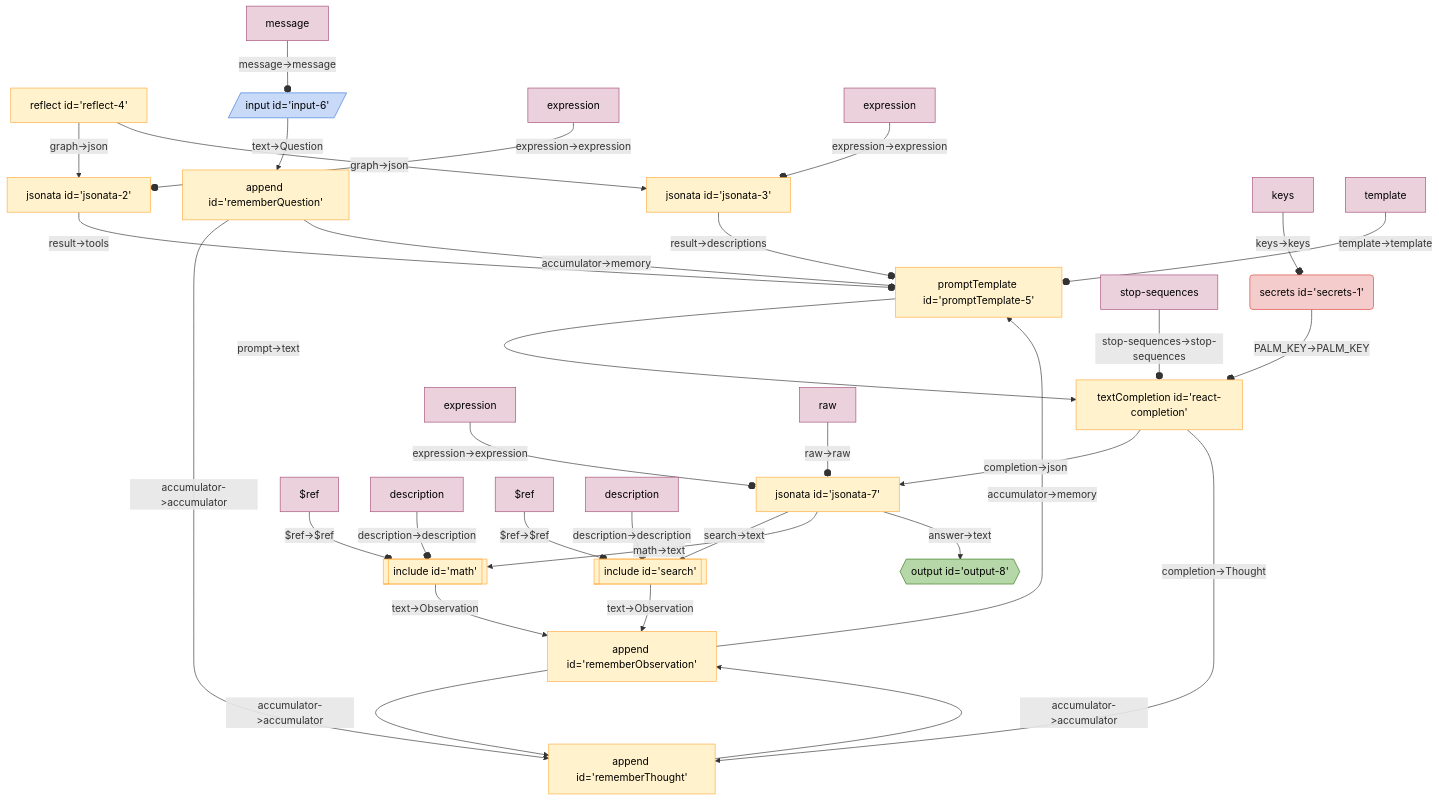
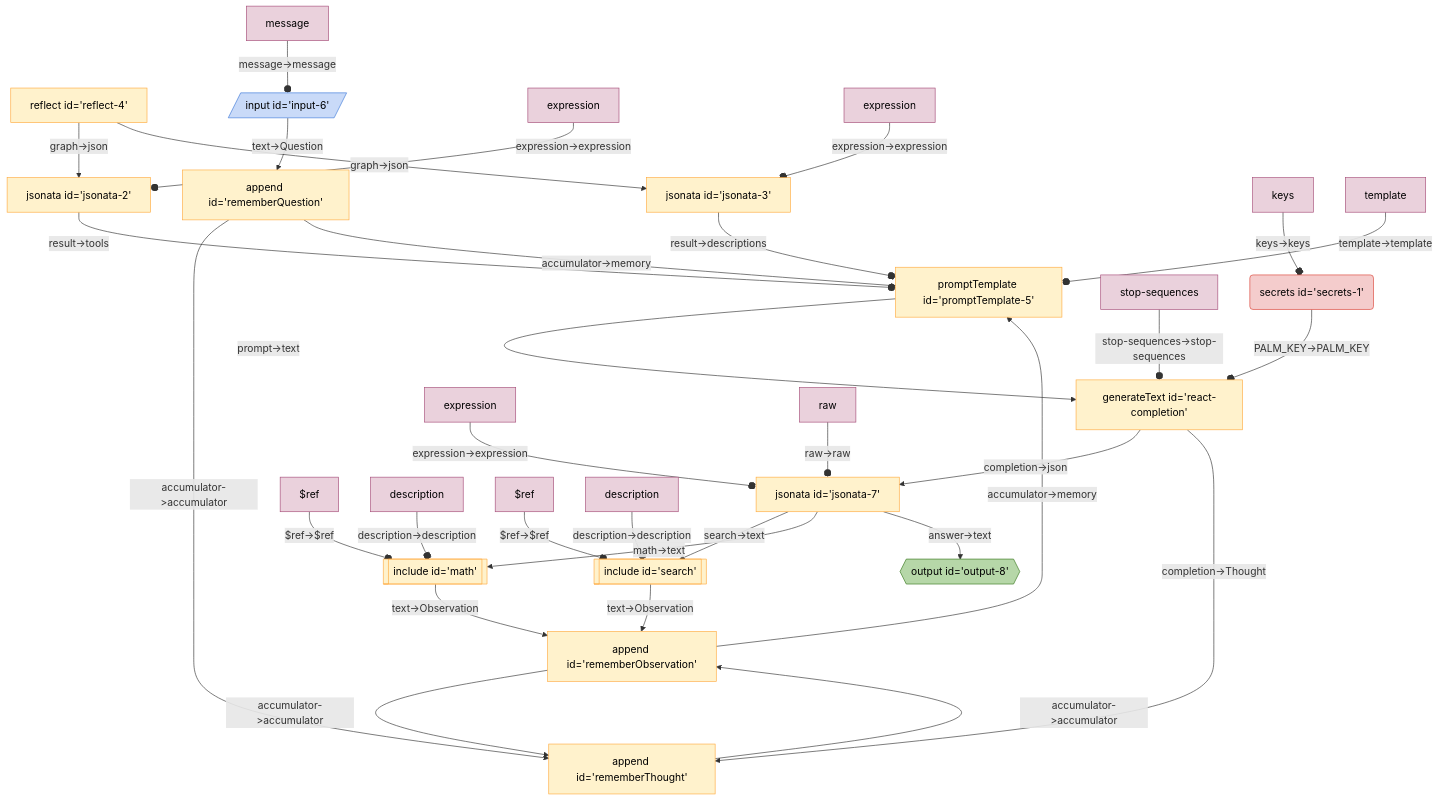
One commit to breadboard-ai/breadboard changed the diagram in seeds/graph-playground/docs/graphs/react-with-jsonata.md. Above: the diagram before and after it, drawn with Mermaid. The commit also changed 63 other files, not shown here.

First line of the commit message:
[llm-starter] Rename `textCompletion` to `generateText`.

````diff
--- a/seeds/graph-playground/docs/graphs/react-with-jsonata.md
+++ b/seeds/graph-playground/docs/graphs/react-with-jsonata.md
@@ -5,43 +5,43 @@
   ```mermaid
   %%{init: 'themeVariables': { 'fontFamily': 'Fira Code, monospace' }}%%
 graph TD;
 reflect4["reflect id='reflect-4'"] -- "graph->json" --> jsonata2["jsonata id='jsonata-2'"]
 reflect4["reflect id='reflect-4'"] -- "graph->json" --> jsonata3["jsonata id='jsonata-3'"]
 jsonata3["jsonata id='jsonata-3'"] -- "result->descriptions" --o promptTemplate5["promptTemplate id='promptTemplate-5'"]
 jsonata2["jsonata id='jsonata-2'"] -- "result->tools" --o promptTemplate5["promptTemplate id='promptTemplate-5'"]
 rememberObservation["append id='rememberObservation'"] -- "accumulator->memory" --> promptTemplate5["promptTemplate id='promptTemplate-5'"]
 rememberThought["append id='rememberThought'"] -- "accumulator->accumulator" --> rememberObservation["append id='rememberObservation'"]
 rememberObservation["append id='rememberObservation'"] -- "accumulator->accumulator" --> rememberThought["append id='rememberThought'"]
 rememberQuestion["append id='rememberQuestion'"] -- "accumulator->accumulator" --> rememberThought["append id='rememberThought'"]
 rememberQuestion["append id='rememberQuestion'"] -- "accumulator->memory" --> promptTemplate5["promptTemplate id='promptTemplate-5'"]
 input6[/"input id='input-6'"/]:::input -- "text->Question" --> rememberQuestion["append id='rememberQuestion'"]
-secrets1("secrets id='secrets-1'"):::secrets -- "PALM_KEY->PALM_KEY" --o reactcompletion["textCompletion id='react-completion'"]
+secrets1("secrets id='secrets-1'"):::secrets -- "PALM_KEY->PALM_KEY" --o reactcompletion["generateText id='react-completion'"]
 math[["include id='math'"]]:::include -- "text->Observation" --> rememberObservation["append id='rememberObservation'"]
 search[["include id='search'"]]:::include -- "text->Observation" --> rememberObservation["append id='rememberObservation'"]
 jsonata7["jsonata id='jsonata-7'"] -- "search->text" --> search[["include id='search'"]]:::include
 jsonata7["jsonata id='jsonata-7'"] -- "math->text" --> math[["include id='math'"]]:::include
 jsonata7["jsonata id='jsonata-7'"] -- "answer->text" --> output8{{"output id='output-8'"}}:::output
-reactcompletion["textCompletion id='react-completion'"] -- "completion->json" --> jsonata7["jsonata id='jsonata-7'"]
-reactcompletion["textCompletion id='react-completion'"] -- "completion->Thought" --> rememberThought["append id='rememberThought'"]
-promptTemplate5["promptTemplate id='promptTemplate-5'"] -- "prompt->text" --> reactcompletion["textCompletion id='react-completion'"]
+reactcompletion["generateText id='react-completion'"] -- "completion->json" --> jsonata7["jsonata id='jsonata-7'"]
+reactcompletion["generateText id='react-completion'"] -- "completion->Thought" --> rememberThought["append id='rememberThought'"]
+promptTemplate5["promptTemplate id='promptTemplate-5'"] -- "prompt->text" --> reactcompletion["generateText id='react-completion'"]
 keyssecrets1[keys]:::config -- "keys->keys" --o secrets1
 expressionjsonata2[expression]:::config -- "expression->expression" --o jsonata2
 expressionjsonata3[expression]:::config -- "expression->expression" --o jsonata3
 templatepromptTemplate5[template]:::config -- "template->template" --o promptTemplate5
 messageinput6[message]:::config -- "message->message" --o input6
 stopsequencesreactcompletion[stop-sequences]:::config -- "stop-sequences->stop-sequences" --o reactcompletion
 $refmath[$ref]:::config -- "$ref->$ref" --o math
 descriptionmath[description]:::config -- "description->description" --o math
 $refsearch[$ref]:::config -- "$ref->$ref" --o search
 descriptionsearch[description]:::config -- "description->description" --o search
 expressionjsonata7[expression]:::config -- "expression->expression" --o jsonata7
 rawjsonata7[raw]:::config -- "raw->raw" --o jsonata7
 classDef default stroke:#ffab40,fill:#fff2ccff,color:#000
 classDef input stroke:#3c78d8,fill:#c9daf8ff,color:#000
 classDef output stroke:#38761d,fill:#b6d7a8ff,color:#000
 classDef passthrough stroke:#a64d79,fill:#ead1dcff,color:#000
 classDef slot stroke:#a64d79,fill:#ead1dcff,color:#000
 classDef config stroke:#a64d79,fill:#ead1dcff,color:#000
 classDef secrets stroke:#db4437,fill:#f4cccc,color:#000
 classDef slotted stroke:#a64d79
   ```
````
